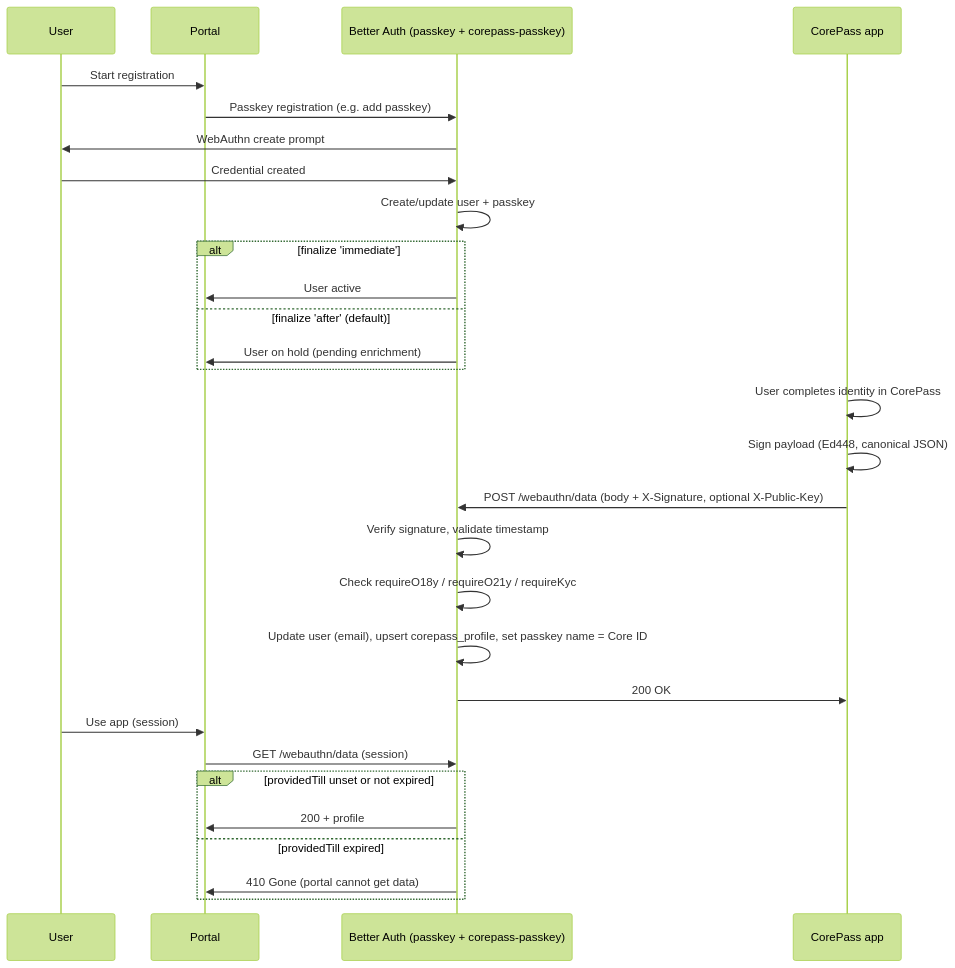
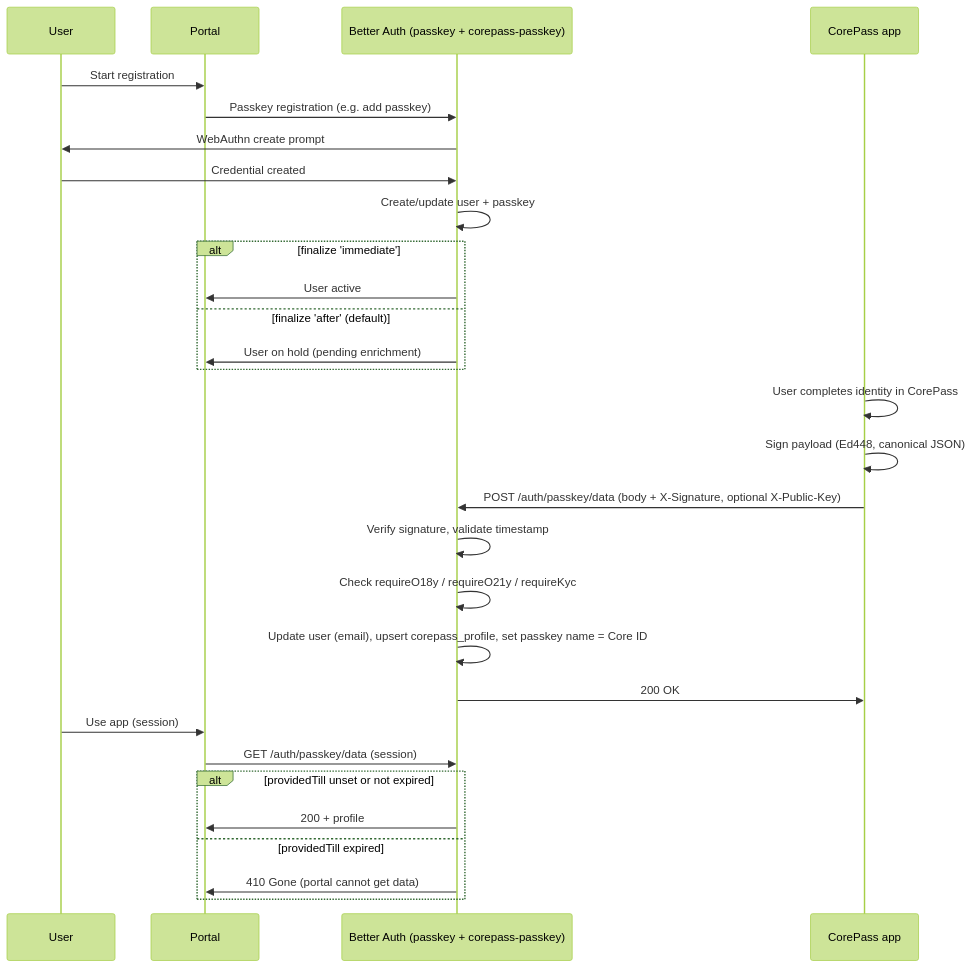
One commit to CorePass/better-auth-corepass-passkey changed the diagram in README.md. Above: the diagram before and after it, drawn with Mermaid (forest theme). The commit also changed other lines of this file and 5 other files, not shown here.

````diff
--- a/README.md
+++ b/README.md
@@ -37,35 +37,35 @@
 ```mermaid
 sequenceDiagram
     participant User
     participant Portal
     participant BetterAuth as Better Auth (passkey + corepass-passkey)
     participant CorePass as CorePass app
 
     User->>Portal: Start registration
     Portal->>BetterAuth: Passkey registration (e.g. add passkey)
     BetterAuth->>User: WebAuthn create prompt
     User->>BetterAuth: Credential created
     BetterAuth->>BetterAuth: Create/update user + passkey
 
     alt finalize 'immediate'
         BetterAuth->>Portal: User active
     else finalize 'after' (default)
         BetterAuth->>Portal: User on hold (pending enrichment)
     end
 
     CorePass->>CorePass: User completes identity in CorePass
     CorePass->>CorePass: Sign payload (Ed448, canonical JSON)
-    CorePass->>BetterAuth: POST /webauthn/data (body + X-Signature, optional X-Public-Key)
+    CorePass->>BetterAuth: POST /auth/passkey/data (body + X-Signature, optional X-Public-Key)
     BetterAuth->>BetterAuth: Verify signature, validate timestamp
     BetterAuth->>BetterAuth: Check requireO18y / requireO21y / requireKyc
     BetterAuth->>BetterAuth: Update user (email), upsert corepass_profile, set passkey name = Core ID
     BetterAuth->>CorePass: 200 OK
 
     User->>Portal: Use app (session)
-    Portal->>BetterAuth: GET /webauthn/data (session)
+    Portal->>BetterAuth: GET /auth/passkey/data (session)
     alt providedTill unset or not expired
         BetterAuth->>Portal: 200 + profile
     else providedTill expired
         BetterAuth->>Portal: 410 Gone (portal cannot get data)
     end
 ```
````
